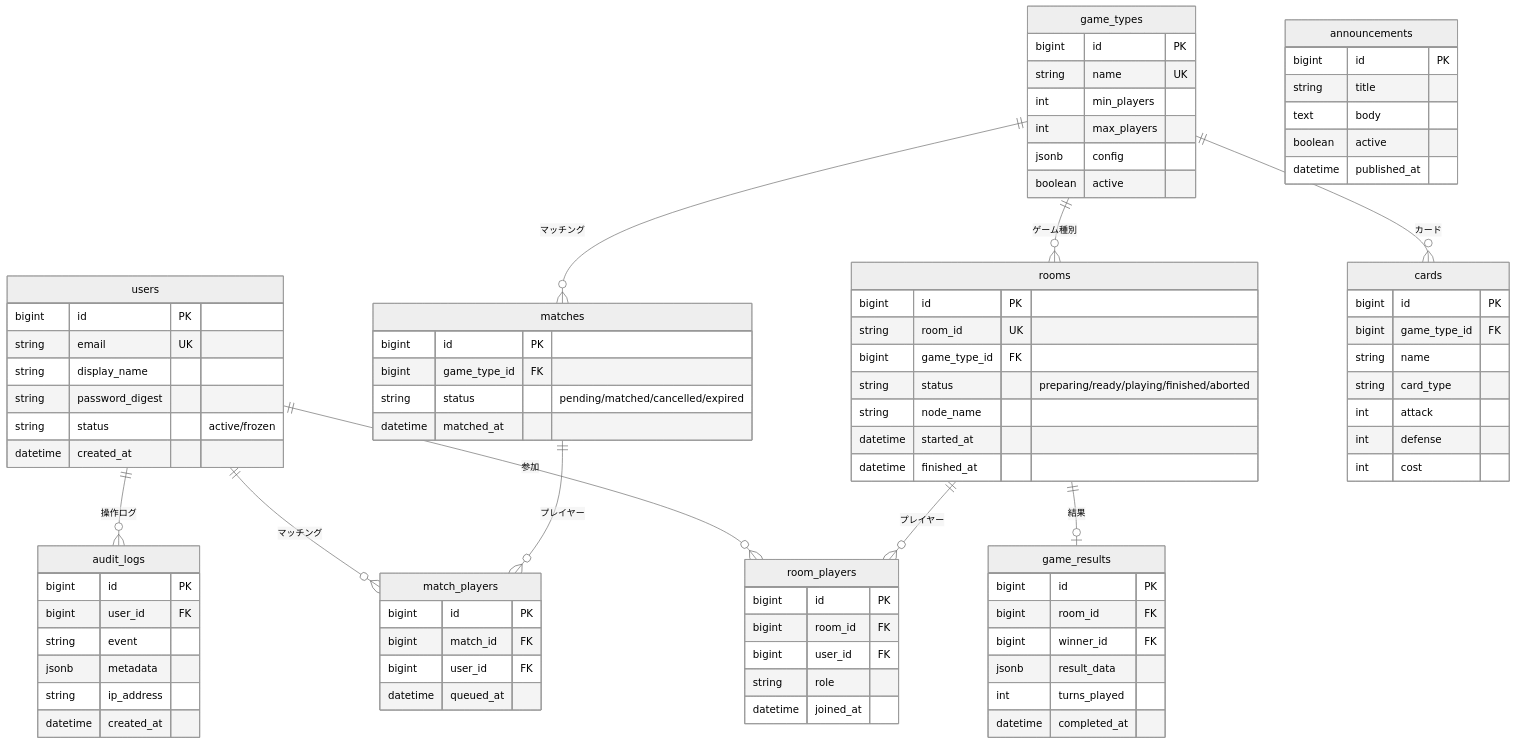
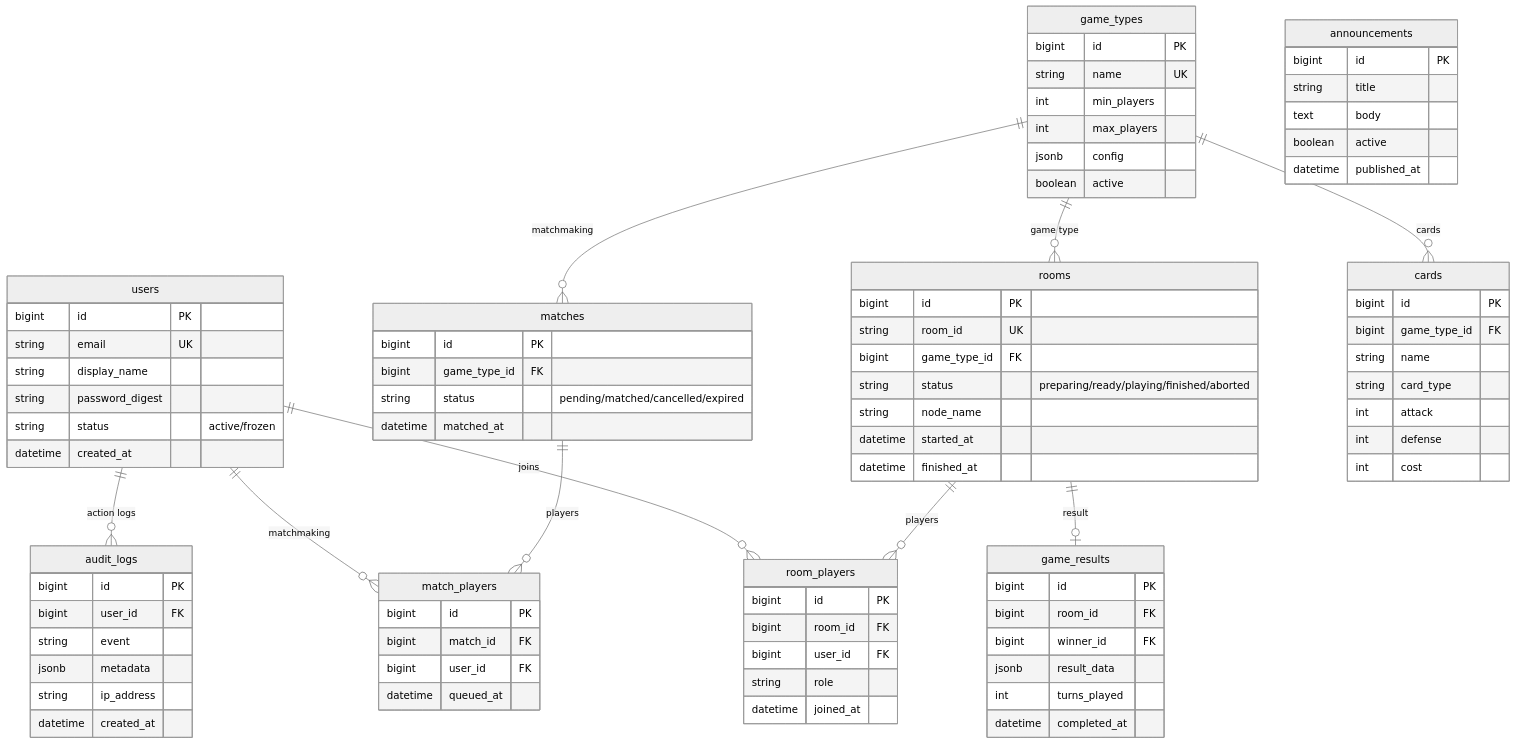
The fourth of 4 diagrams in docs/architecture.md (naokirin/room-based-multiplayer-poc), drawn with Mermaid (neutral theme) before and after one commit. The commit also changed other lines of this file and 3 other files, not shown here.

````diff
--- a/docs/architecture.md
+++ b/docs/architecture.md
@@ -205,13 +205,13 @@
         datetime created_at
     }
 
-    users ||--o{ room_players : "参加"
-    users ||--o{ match_players : "マッチング"
-    users ||--o{ audit_logs : "操作ログ"
-    game_types ||--o{ rooms : "ゲーム種別"
-    game_types ||--o{ matches : "マッチング"
-    game_types ||--o{ cards : "カード"
-    rooms ||--o{ room_players : "プレイヤー"
-    rooms ||--o| game_results : "結果"
-    matches ||--o{ match_players : "プレイヤー"
+    users ||--o{ room_players : "joins"
+    users ||--o{ match_players : "matchmaking"
+    users ||--o{ audit_logs : "action logs"
+    game_types ||--o{ rooms : "game type"
+    game_types ||--o{ matches : "matchmaking"
+    game_types ||--o{ cards : "cards"
+    rooms ||--o{ room_players : "players"
+    rooms ||--o| game_results : "result"
+    matches ||--o{ match_players : "players"
 ```
````
